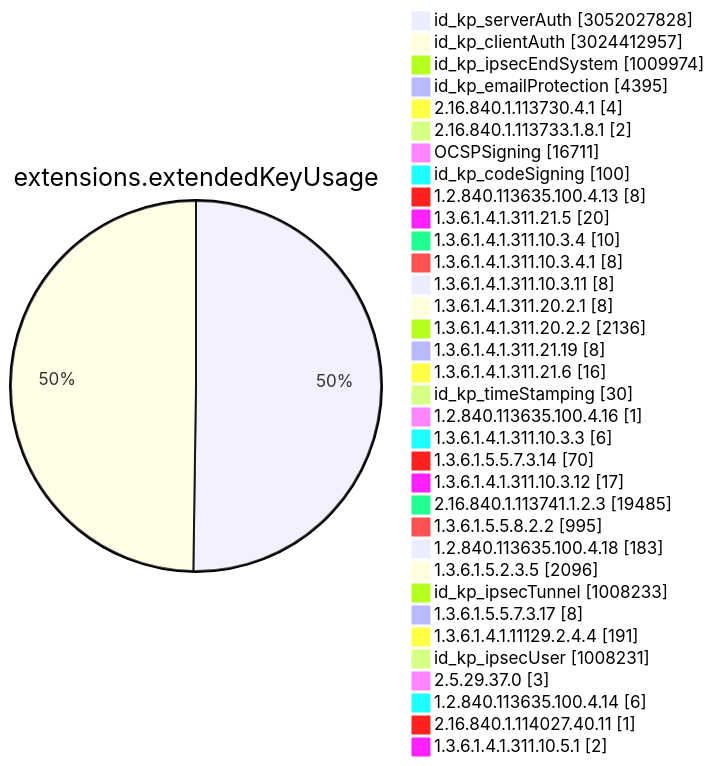
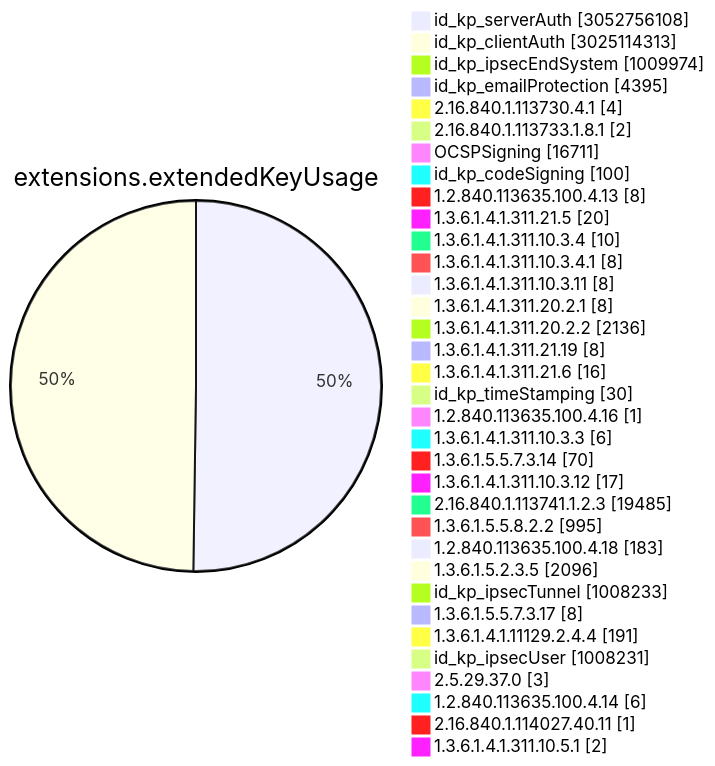
Diagram 11 of 15 in TOTAL/README.md (christiankrug/ctmonitor_visualization), drawn with Mermaid before and after one commit. The commit also changed other lines of this file, not shown here.

````diff
--- a/TOTAL/README.md
+++ b/TOTAL/README.md
@@ -4118,38 +4118,38 @@
 ```mermaid
 pie showData
 title extensions.extendedKeyUsage
-"id_kp_serverAuth" :3052027828
-"id_kp_clientAuth" :3024412957
+"id_kp_serverAuth" :3052756108
+"id_kp_clientAuth" :3025114313
 "id_kp_ipsecEndSystem" :1009974
 "id_kp_emailProtection" :4395
 "2.16.840.1.113730.4.1" :4
 "2.16.840.1.113733.1.8.1" :2
 "OCSPSigning" :16711
 "id_kp_codeSigning" :100
 "1.2.840.113635.100.4.13" :8
 "1.3.6.1.4.1.311.21.5" :20
 "1.3.6.1.4.1.311.10.3.4" :10
 "1.3.6.1.4.1.311.10.3.4.1" :8
 "1.3.6.1.4.1.311.10.3.11" :8
 "1.3.6.1.4.1.311.20.2.1" :8
 "1.3.6.1.4.1.311.20.2.2" :2136
 "1.3.6.1.4.1.311.21.19" :8
 "1.3.6.1.4.1.311.21.6" :16
 "id_kp_timeStamping" :30
 "1.2.840.113635.100.4.16" :1
 "1.3.6.1.4.1.311.10.3.3" :6
 "1.3.6.1.5.5.7.3.14" :70
 "1.3.6.1.4.1.311.10.3.12" :17
 "2.16.840.1.113741.1.2.3" :19485
 "1.3.6.1.5.5.8.2.2" :995
 "1.2.840.113635.100.4.18" :183
 "1.3.6.1.5.2.3.5" :2096
 "id_kp_ipsecTunnel" :1008233
 "1.3.6.1.5.5.7.3.17" :8
 "1.3.6.1.4.1.11129.2.4.4" :191
 "id_kp_ipsecUser" :1008231
 "2.5.29.37.0" :3
 "1.2.840.113635.100.4.14" :6
 "2.16.840.1.114027.40.11" :1
 "1.3.6.1.4.1.311.10.5.1" :2
 ```
````
